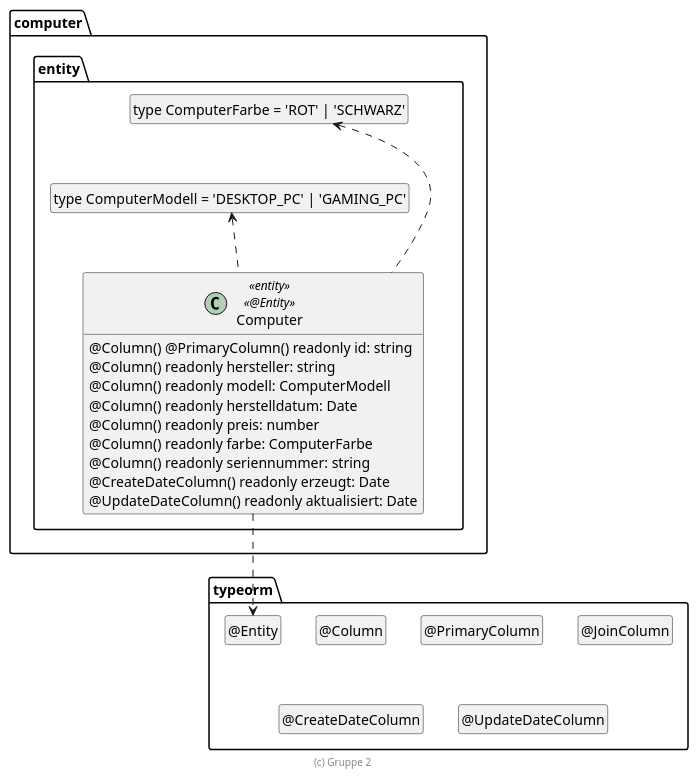
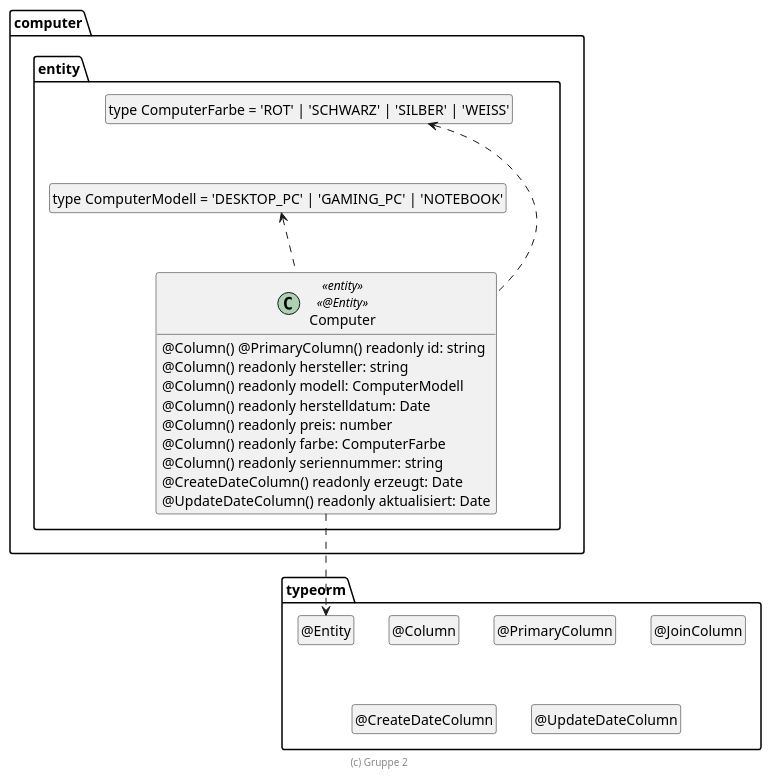
The diagram in extras/doc/entwicklerhandbuch/Computer.plantuml (Wichlee/computer), drawn with PlantUML before and after one commit. The commit also changed 1 other file, not shown here.

```diff
--- a/extras/doc/entwicklerhandbuch/Computer.plantuml
+++ b/extras/doc/entwicklerhandbuch/Computer.plantuml
@@ -18,48 +18,48 @@
 @startuml Entity
 
 package typeorm {
   class "@Entity" as Entity
   hide Entity circle
   class "@Column" as Column
   hide Column circle
   class "@PrimaryColumn" as PrimaryColumn
   hide PrimaryColumn circle
   class "@JoinColumn" as JoinColumn
   hide JoinColumn circle
   class "@CreateDateColumn" as CreateDateColumn
   hide CreateDateColumn circle
   class "@UpdateDateColumn" as UpdateDateColumn
   hide UpdateDateColumn circle
 }
 
 package computer.entity {
-  class "type ComputerFarbe = 'ROT' | 'SCHWARZ'" as ComputerFarbe
+  class "type ComputerFarbe = 'ROT' | 'SCHWARZ' | 'SILBER' | 'WEISS'" as ComputerFarbe
   hide ComputerFarbe circle
 
-  class "type ComputerModell = 'DESKTOP_PC' | 'GAMING_PC'" as ComputerModell
+  class "type ComputerModell = 'DESKTOP_PC' | 'GAMING_PC' | 'NOTEBOOK'" as ComputerModell
   hide ComputerModell circle
 
   class Computer <<entity>> <<@Entity>> {
     @Column() @PrimaryColumn() readonly id: string
     @Column() readonly hersteller: string
     @Column() readonly modell: ComputerModell
     @Column() readonly herstelldatum: Date
     @Column() readonly preis: number
     @Column() readonly farbe: ComputerFarbe
     @Column() readonly seriennummer: string
     @CreateDateColumn() readonly erzeugt: Date
     @UpdateDateColumn() readonly aktualisiert: Date
   }
 
   Computer ..> Entity
   Computer .up.> ComputerFarbe
   Computer .up.> ComputerModell
 
   ComputerFarbe .[hidden].> ComputerModell
 }
 
 hide empty members
 
 footer (c) Gruppe 2
 
 @enduml
```
